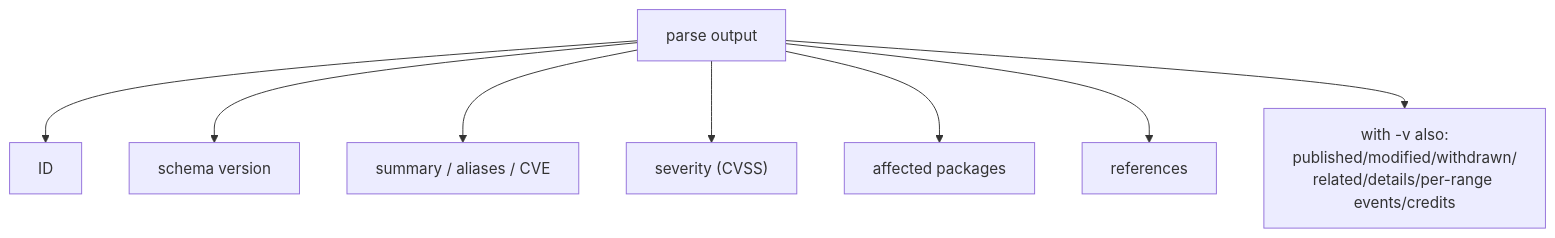
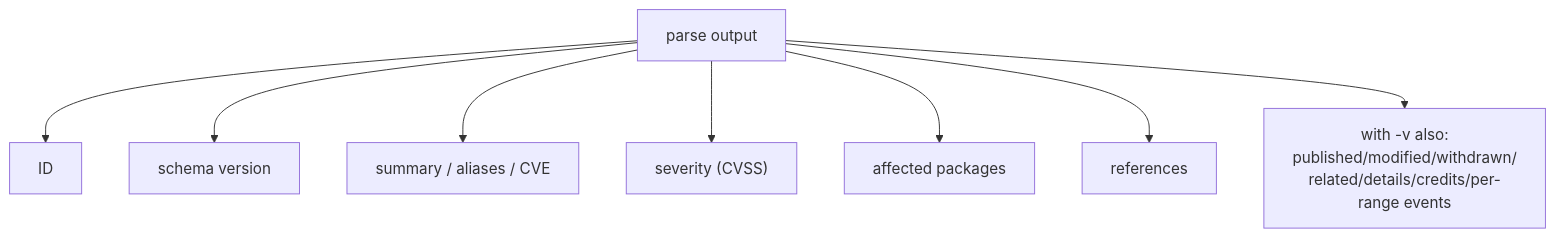
The second of 4 diagrams in website/guide/skills/parse.md (scagogogo/osv-schema-skills), drawn with Mermaid before and after one commit. The commit also changed other lines of this file and 1 other file, not shown here.

````diff
--- a/website/guide/skills/parse.md
+++ b/website/guide/skills/parse.md
@@ -41,10 +41,10 @@
 ```mermaid
 flowchart TD
   OUT["parse output"] --> ID["ID"]
   OUT --> SV["schema version"]
   OUT --> SUM["summary / aliases / CVE"]
   OUT --> SEV["severity (CVSS)"]
   OUT --> AFF["affected packages"]
   OUT --> REF["references"]
-  OUT --> VV["with -v also:<br/>published/modified/withdrawn/<br/>related/details/per-range events/credits"]
+  OUT --> VV["with -v also:<br/>published/modified/withdrawn/<br/>related/details/credits/per-range events"]
 ```
````
